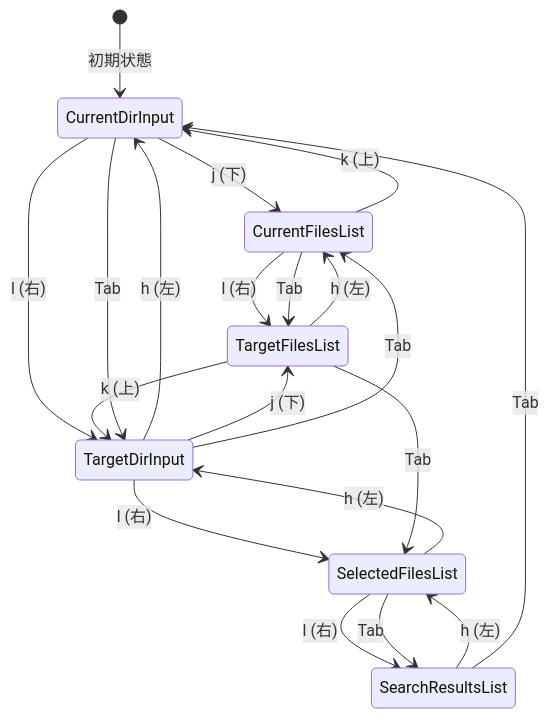
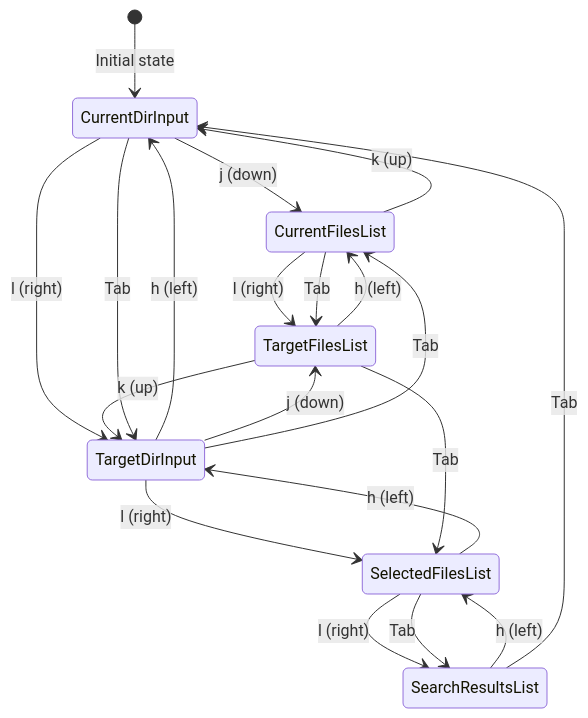
One commit to tom555-555/tuimv changed the fourth of 10 diagrams in docs/architecture-diagrams.md. Above: the diagram before and after it, drawn with Mermaid. The commit also changed other lines of this file and 3 other files, not shown here.

````diff
--- a/docs/architecture-diagrams.md
+++ b/docs/architecture-diagrams.md
@@ -130,29 +132,29 @@
 ```mermaid
 stateDiagram-v2
-    [*] --> CurrentDirInput : 初期状態
+    [*] --> CurrentDirInput : Initial state
     
-    CurrentDirInput --> CurrentFilesList : j (下)
-    CurrentDirInput --> TargetDirInput : l (右)
+    CurrentDirInput --> CurrentFilesList : j (down)
+    CurrentDirInput --> TargetDirInput : l (right)
     
-    CurrentFilesList --> CurrentDirInput : k (上)
-    CurrentFilesList --> TargetFilesList : l (右)
+    CurrentFilesList --> CurrentDirInput : k (up)
+    CurrentFilesList --> TargetFilesList : l (right)
     
-    TargetDirInput --> CurrentDirInput : h (左)
-    TargetDirInput --> TargetFilesList : j (下)
-    TargetDirInput --> SelectedFilesList : l (右)
+    TargetDirInput --> CurrentDirInput : h (left)
+    TargetDirInput --> TargetFilesList : j (down)
+    TargetDirInput --> SelectedFilesList : l (right)
     
-    TargetFilesList --> CurrentFilesList : h (左)
-    TargetFilesList --> TargetDirInput : k (上)
+    TargetFilesList --> CurrentFilesList : h (left)
+    TargetFilesList --> TargetDirInput : k (up)
     
-    SelectedFilesList --> TargetDirInput : h (左)
-    SelectedFilesList --> SearchResultsList : l (右)
+    SelectedFilesList --> TargetDirInput : h (left)
+    SelectedFilesList --> SearchResultsList : l (right)
     
-    SearchResultsList --> SelectedFilesList : h (左)
+    SearchResultsList --> SelectedFilesList : h (left)
     
     CurrentDirInput --> TargetDirInput : Tab
     TargetDirInput --> CurrentFilesList : Tab
     CurrentFilesList --> TargetFilesList : Tab
     TargetFilesList --> SelectedFilesList : Tab
     SelectedFilesList --> SearchResultsList : Tab
     SearchResultsList --> CurrentDirInput : Tab
 ```
````
